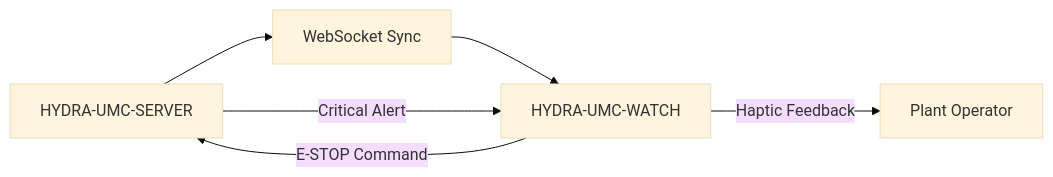
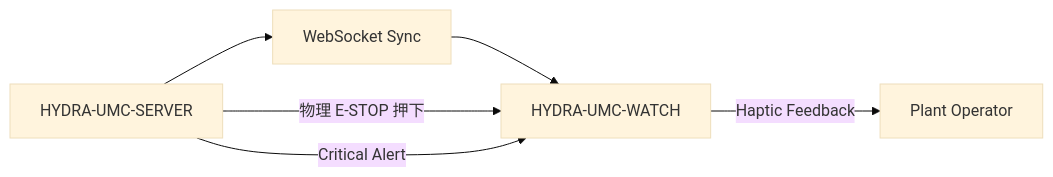
One commit to JuanenRac/HYDRA-UMC-WATCH changed the diagram in README_jpn.md. Above: the diagram before and after it, drawn with Mermaid (base theme). The commit also changed other lines of this file and 10 other files, not shown here.

Commit message:
Make clear that the watch never stops anything by itself and only confirms or warns of a physical E-STOP

````diff
--- a/README_jpn.md
+++ b/README_jpn.md
@@ -107,8 +107,8 @@
 ```mermaid
 flowchart LR
     SERVER["HYDRA-UMC-SERVER"] --> WS["WebSocket Sync"]
     WS --> WATCH["HYDRA-UMC-WATCH"]
-    WATCH -- E-STOP Command --> SERVER
+    SERVER -- 物理 E-STOP 押下 --> WATCH
     SERVER -- Critical Alert --> WATCH
     WATCH -- Haptic Feedback --> OPERATOR["Plant Operator"]
 ```
````
